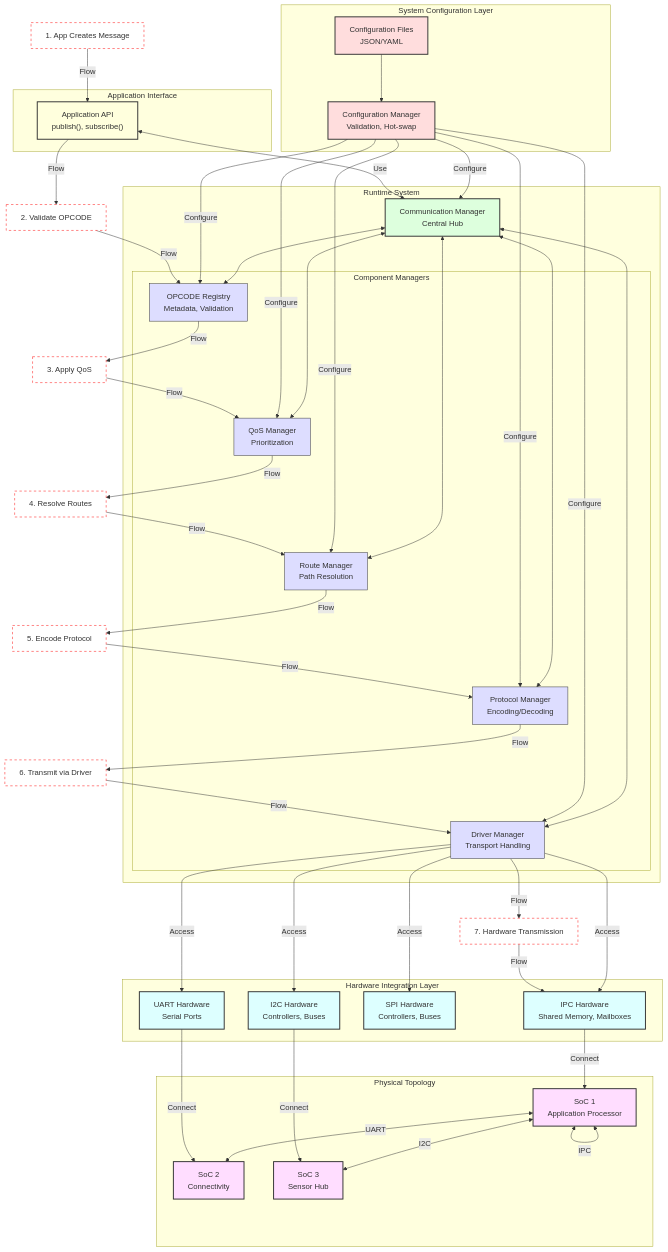
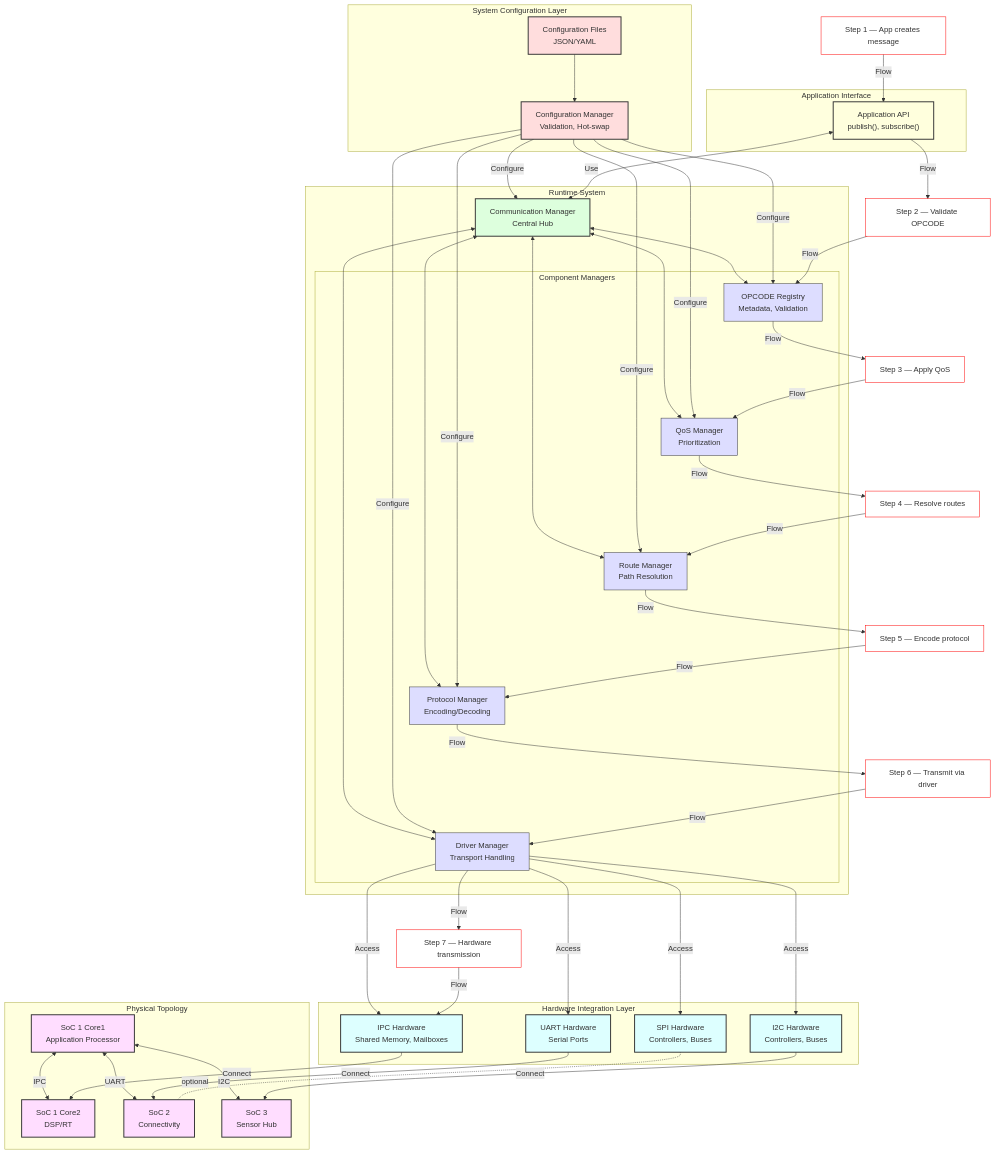
One commit to maxim-pain/opcode-messaging-system changed the fifth of 5 diagrams in docs/6-opcode-messaging-system-visualization.md. Above: the diagram before and after it, drawn with Mermaid.

Commit message:
Update 6-opcode-messaging-system-visualization.md
fixed graph

````diff
--- a/docs/6-opcode-messaging-system-visualization.md
+++ b/docs/6-opcode-messaging-system-visualization.md
@@ -405,13 +405,15 @@
 ```mermaid
+%% Mermaid 10+; avoid markdown lists in node labels
 graph TB
-    %% Top-level system overview
+
+    %% ----- System Configuration Layer -----
     subgraph SystemConfigurationLayer["System Configuration Layer"]
         CONFIG_FILES["Configuration Files<br/>JSON/YAML"]
         CONFIG_MGR["Configuration Manager<br/>Validation, Hot-swap"]
-
         CONFIG_FILES --> CONFIG_MGR
     end
 
+    %% ----- Runtime System + Component Managers -----
     subgraph RuntimeSystem["Runtime System"]
         COMM_MGR["Communication Manager<br/>Central Hub"]
 
@@ -430,6 +432,7 @@
         COMM_MGR <--> QOS_MGR
     end
 
+    %% Config wiring
     CONFIG_MGR -->|Configure| COMM_MGR
     CONFIG_MGR -->|Configure| OP_REG
     CONFIG_MGR -->|Configure| ROUTE_MGR
@@ -437,11 +440,13 @@
     CONFIG_MGR -->|Configure| DRIVER_MGR
     CONFIG_MGR -->|Configure| QOS_MGR
 
+    %% ----- Application Interface -----
     subgraph ApplicationInterface["Application Interface"]
         APP_API["Application API<br/>publish(), subscribe()"]
         APP_API <-->|Use| COMM_MGR
     end
 
+    %% ----- Hardware Integration Layer -----
     subgraph HardwareIntegrationLayer["Hardware Integration Layer"]
         IPC_HW["IPC Hardware<br/>Shared Memory, Mailboxes"]
         I2C_HW["I2C Hardware<br/>Controllers, Buses"]
@@ -454,28 +459,32 @@
         DRIVER_MGR -->|Access| UART_HW
     end
 
+    %% ----- Physical Topology -----
     subgraph PhysicalTopology["Physical Topology"]
-        SOC1["SoC 1<br/>Application Processor"]
+        SOC1_C1["SoC 1 Core1<br/>Application Processor"]
+        SOC1_C2["SoC 1 Core2<br/>DSP/RT"]
         SOC2["SoC 2<br/>Connectivity"]
         SOC3["SoC 3<br/>Sensor Hub"]
 
-        SOC1 <-->|IPC| SOC1
-        SOC1 <-->|UART| SOC2
-        SOC1 <-->|I2C| SOC3
+        SOC1_C1 <-->|IPC| SOC1_C2
+        SOC1_C1 <-->|UART| SOC2
+        SOC1_C1 <-->|I2C| SOC3
     end
 
-    IPC_HW -->|Connect| SOC1
+    %% HW to SoC connections
+    IPC_HW -->|Connect| SOC1_C2
     UART_HW -->|Connect| SOC2
     I2C_HW -->|Connect| SOC3
+    SPI_HW -. optional .- SOC2
 
-    %% Message Flow Overlay
-    MSG_FLOW_1["1. App Creates Message"]
-    MSG_FLOW_2["2. Validate OPCODE"]
-    MSG_FLOW_3["3. Apply QoS"]
-    MSG_FLOW_4["4. Resolve Routes"]
-    MSG_FLOW_5["5. Encode Protocol"]
-    MSG_FLOW_6["6. Transmit via Driver"]
-    MSG_FLOW_7["7. Hardware Transmission"]
+    %% ----- Message Flow Overlay (labels avoid "1." etc.) -----
+    MSG_FLOW_1["Step 1 — App creates message"]
+    MSG_FLOW_2["Step 2 — Validate OPCODE"]
+    MSG_FLOW_3["Step 3 — Apply QoS"]
+    MSG_FLOW_4["Step 4 — Resolve routes"]
+    MSG_FLOW_5["Step 5 — Encode protocol"]
+    MSG_FLOW_6["Step 6 — Transmit via driver"]
+    MSG_FLOW_7["Step 7 — Hardware transmission"]
 
     MSG_FLOW_1 -->|Flow| APP_API
     APP_API -->|Flow| MSG_FLOW_2
@@ -491,20 +500,20 @@
     DRIVER_MGR -->|Flow| MSG_FLOW_7
     MSG_FLOW_7 -->|Flow| IPC_HW
 
-    %% Style nodes
+    %% ----- Styles -----
     classDef configLayer fill:#ffdddd,stroke:#333,stroke-width:2px
     classDef runtimeSys fill:#ddffdd,stroke:#333,stroke-width:2px
     classDef compMgr fill:#ddddff,stroke:#333,stroke-width:1px
     classDef appIface fill:#ffffdd,stroke:#333,stroke-width:2px
     classDef hwLayer fill:#ddffff,stroke:#333,stroke-width:2px
     classDef topology fill:#ffddff,stroke:#333,stroke-width:2px
-    classDef msgFlow fill:#ffffff,stroke:#ff0000,stroke-width:1px,stroke-dasharray: 5 5
+    classDef msgFlow fill:#ffffff,stroke:#ff0000,stroke-width:1px
 
     class CONFIG_FILES,CONFIG_MGR configLayer
     class COMM_MGR runtimeSys
     class OP_REG,ROUTE_MGR,PROTO_MGR,DRIVER_MGR,QOS_MGR compMgr
     class APP_API appIface
     class IPC_HW,I2C_HW,SPI_HW,UART_HW hwLayer
-    class SOC1,SOC2,SOC3 topology
+    class SOC1_C1,SOC1_C2,SOC2,SOC3 topology
     class MSG_FLOW_1,MSG_FLOW_2,MSG_FLOW_3,MSG_FLOW_4,MSG_FLOW_5,MSG_FLOW_6,MSG_FLOW_7 msgFlow
 ```
````
